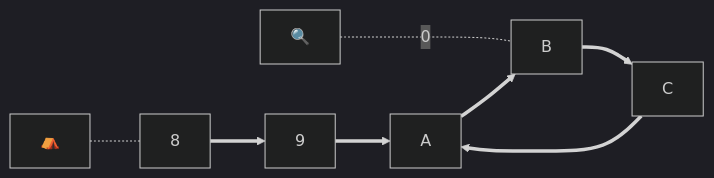
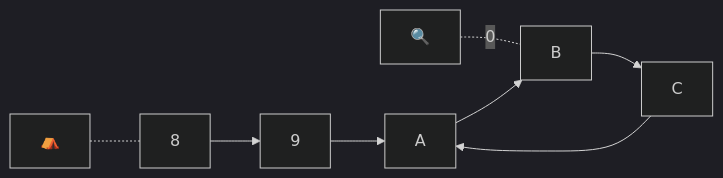
Before and after one commit to raganwald/raganwald.github.com: diagram 12 of 13 in _posts/2026-02-15-nuralagus-rex.md, drawn with Mermaid (dark theme). The commit also changed other lines of this file, not shown here.

```diff
--- a/_posts/2026-02-15-nuralagus-rex.md
+++ b/_posts/2026-02-15-nuralagus-rex.md
@@ -255,15 +255,15 @@
 <div class="mermaid">
   graph LR
     
     base["⛺️"]
     search["🔍"]
     e["8"]
     f["9"]
     g["A"]
     h["B"]
     i["C"]
 
-    e==>f==>g==>h==>i==>g
+    e-->f-->g-->h-->i-->g
     base-.-e
-    search-..-|"0"|h
+    search-.-|"0"|h
 </div>
```
